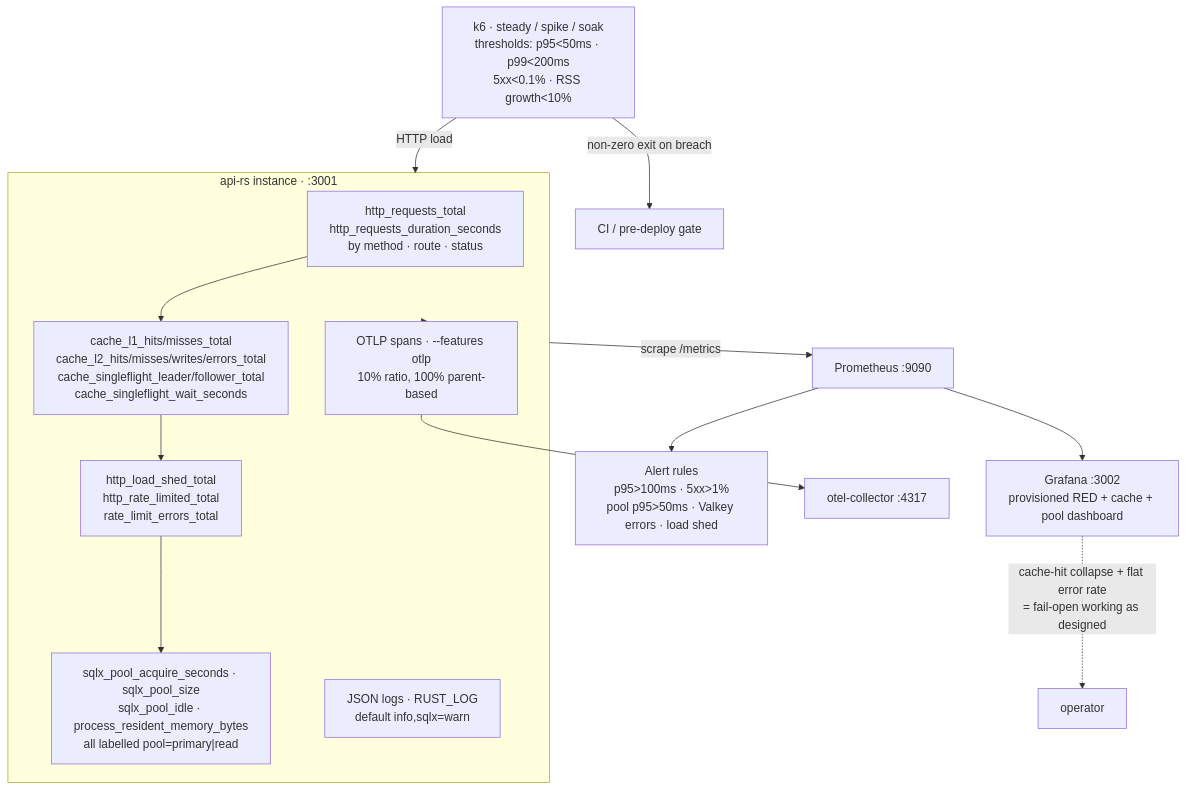
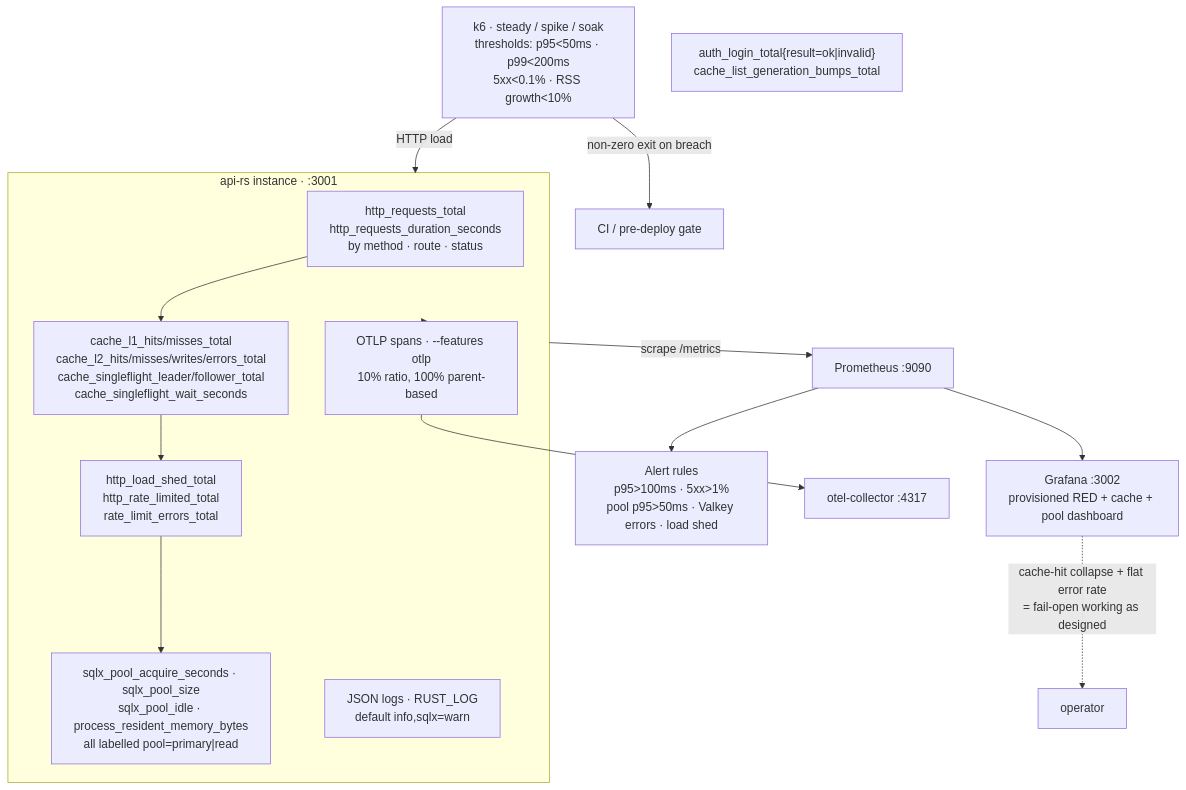
One commit to yamid-granda/react-native-and-web changed the fifth of 6 diagrams in api-rs/ARCHITECTURE.md. Above: the diagram before and after it, drawn with Mermaid. The commit also changed other lines of this file and 111 other files, not shown here.

````diff
--- a/api-rs/ARCHITECTURE.md
+++ b/api-rs/ARCHITECTURE.md
@@ -279,21 +348,22 @@
 ```mermaid
 flowchart TB
     subgraph inst["api-rs instance · :3001"]
         red["http_requests_total<br/>http_requests_duration_seconds<br/>by method · route · status"]
         cache_m["cache_l1_hits/misses_total<br/>cache_l2_hits/misses/writes/errors_total<br/>cache_singleflight_leader/follower_total<br/>cache_singleflight_wait_seconds"]
         protect["http_load_shed_total<br/>http_rate_limited_total<br/>rate_limit_errors_total"]
         pool_m["sqlx_pool_acquire_seconds · sqlx_pool_size<br/>sqlx_pool_idle · process_resident_memory_bytes<br/>all labelled pool=primary|read"]
         logs["JSON logs · RUST_LOG<br/>default info,sqlx=warn"]
         spans["OTLP spans · --features otlp<br/>10% ratio, 100% parent-based"]
         red --> cache_m --> protect --> pool_m
     end
 
     k6["k6 · steady / spike / soak<br/>thresholds: p95<50ms · p99<200ms<br/>5xx<0.1% · RSS growth<10%"] -->|"HTTP load"| inst
     k6 -->|"non-zero exit on breach"| gate["CI / pre-deploy gate"]
 
+    authm["auth_login_total{result=ok|invalid}<br/>cache_list_generation_bumps_total"]
     inst -->|"scrape /metrics"| prom["Prometheus :9090"]
     prom --> graf["Grafana :3002<br/>provisioned RED + cache + pool dashboard"]
     prom --> rules["Alert rules<br/>p95>100ms · 5xx>1%<br/>pool p95>50ms · Valkey errors · load shed"]
     inst -.-> spans --> otelc["otel-collector :4317"]
     graf -.->|"cache-hit collapse + flat error rate<br/>= fail-open working as designed"| ops["operator"]
 ```
````
